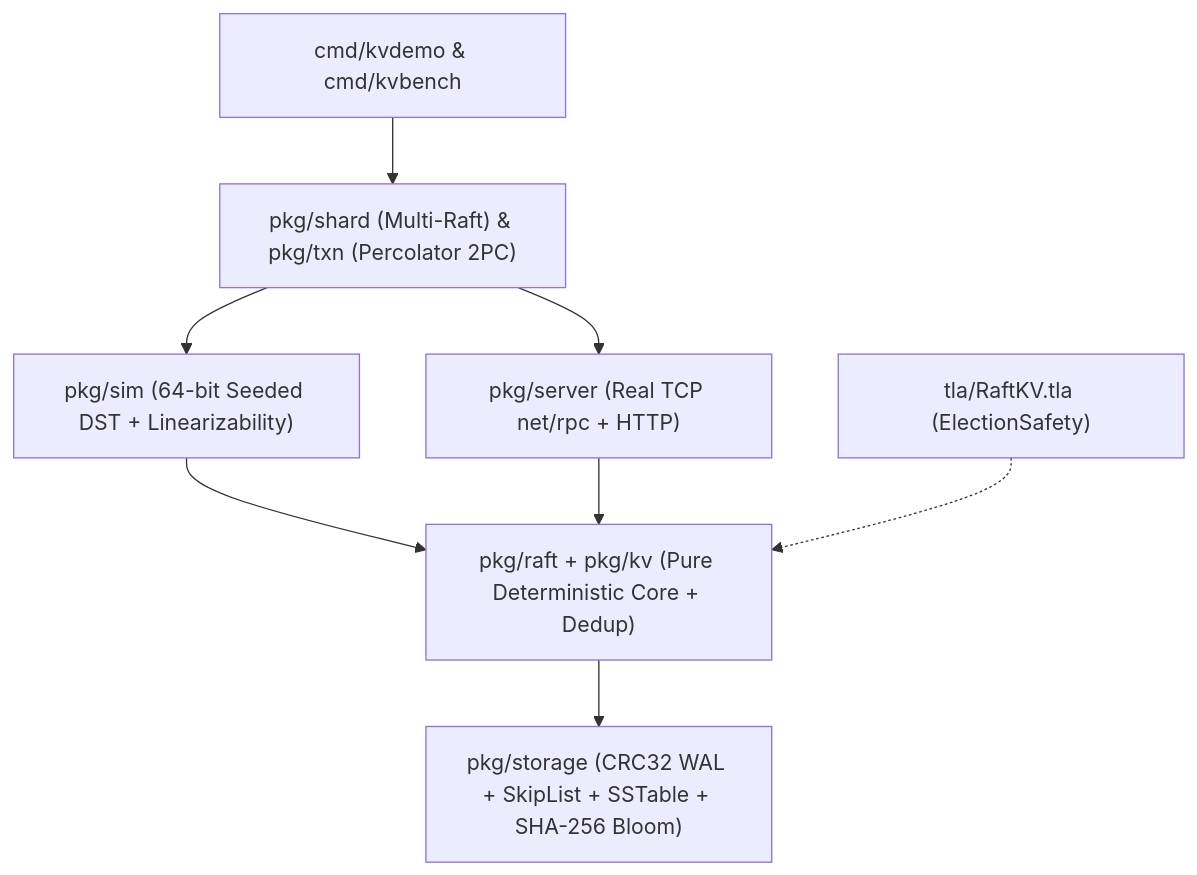
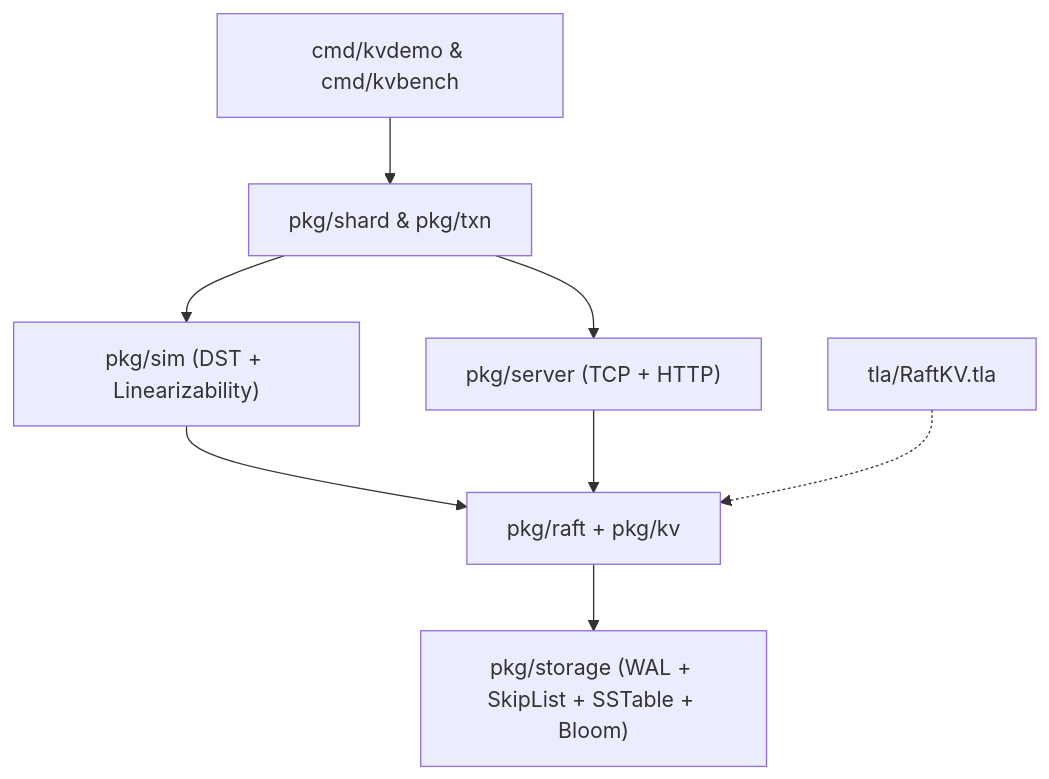
One commit to swayamsaini/kv-raft-dst changed the diagram in README.md. Above: the diagram before and after it, drawn with Mermaid. The commit also changed other lines of this file and 3 other files, not shown here.

````diff
--- a/README.md
+++ b/README.md
@@ -26,10 +26,10 @@
 ```mermaid
 flowchart TB
-    CLI["cmd/kvdemo & cmd/kvbench"] --> SHARD["pkg/shard (Multi-Raft) & pkg/txn (Percolator 2PC)"]
-    SHARD --> SIM["pkg/sim (64-bit Seeded DST + Linearizability)"]
-    SHARD --> SRV["pkg/server (Real TCP net/rpc + HTTP)"]
-    SIM --> RAFT["pkg/raft + pkg/kv (Pure Deterministic Core + Dedup)"]
+    CLI["cmd/kvdemo & cmd/kvbench"] --> SHARD["pkg/shard & pkg/txn"]
+    SHARD --> SIM["pkg/sim (DST + Linearizability)"]
+    SHARD --> SRV["pkg/server (TCP + HTTP)"]
+    SIM --> RAFT["pkg/raft + pkg/kv"]
     SRV --> RAFT
-    RAFT --> LSM["pkg/storage (CRC32 WAL + SkipList + SSTable + SHA-256 Bloom)"]
-    TLA["tla/RaftKV.tla (ElectionSafety)"] -.-> RAFT
+    RAFT --> LSM["pkg/storage (WAL + SkipList + SSTable + Bloom)"]
+    TLA["tla/RaftKV.tla"] -.-> RAFT
 ```
````
